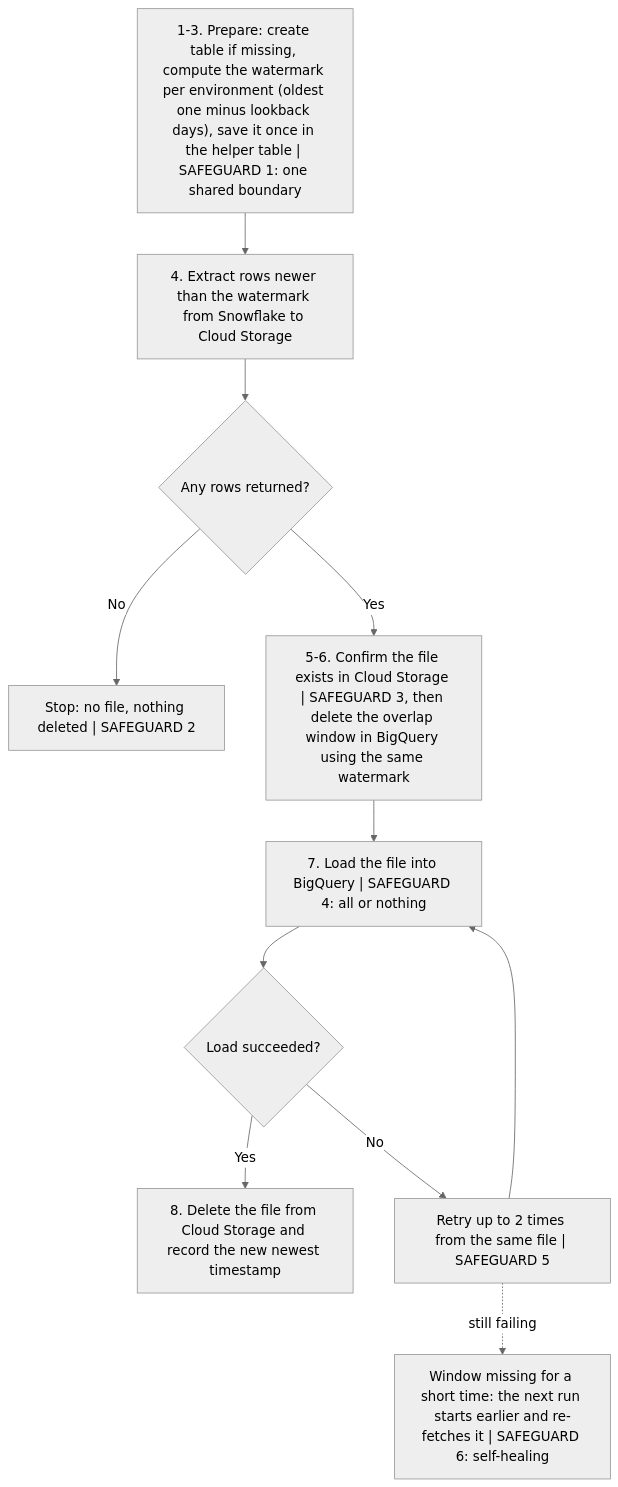
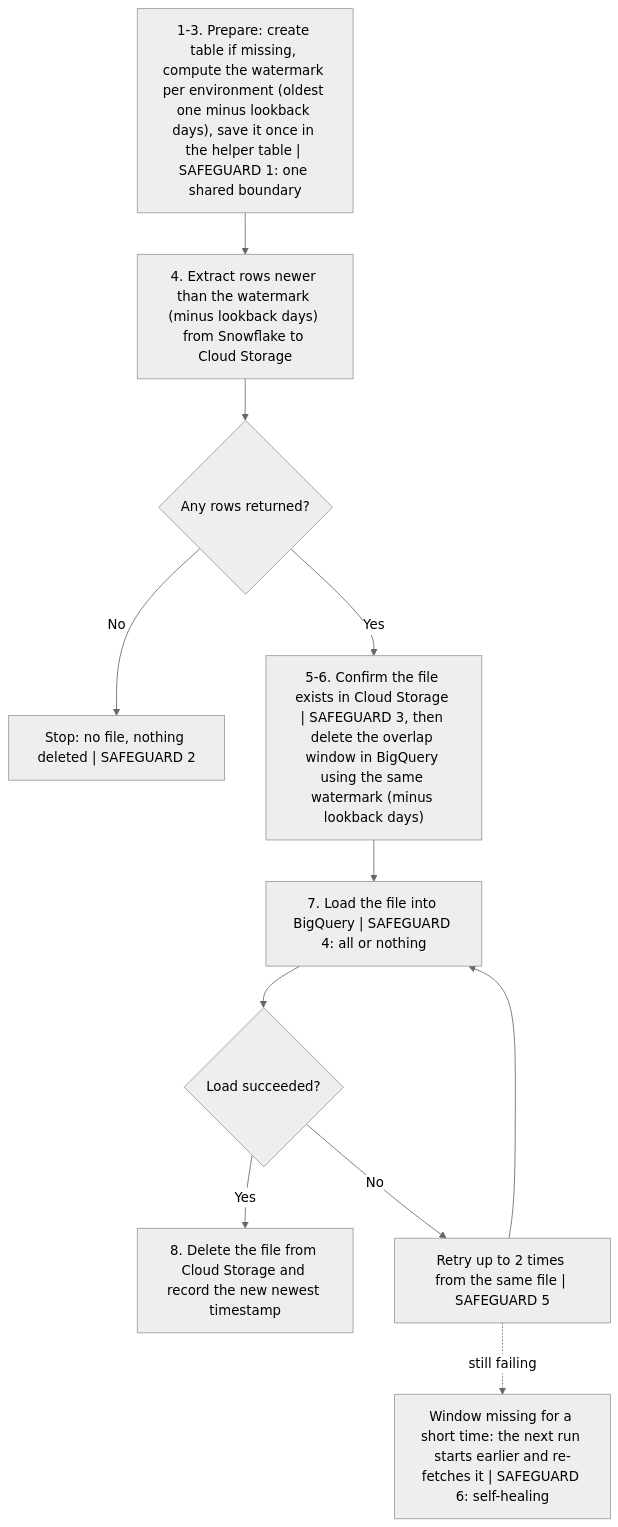
Before and after one commit to antipev/sql_preparation: the tenth of 20 diagrams in Project_Portfolio/Project 1/Project_1.md, drawn with Mermaid (neutral theme). The commit also changed other lines of this file, not shown here.

````diff
--- a/Project_Portfolio/Project 1/Project_1.md
+++ b/Project_Portfolio/Project 1/Project_1.md
@@ -645,20 +654,20 @@
 ```mermaid
 flowchart TB
     P["1-3. Prepare: create table if missing, compute the watermark per environment (oldest one minus lookback days), save it once in the helper table | SAFEGUARD 1: one shared boundary"]
-    E["4. Extract rows newer than the watermark from Snowflake to Cloud Storage"]
+    E["4. Extract rows newer than the watermark (minus lookback days) from Snowflake to Cloud Storage"]
     Q{"Any rows returned?"}
     SK["Stop: no file, nothing deleted | SAFEGUARD 2"]
-    D["5-6. Confirm the file exists in Cloud Storage | SAFEGUARD 3, then delete the overlap window in BigQuery using the same watermark"]
+    D["5-6. Confirm the file exists in Cloud Storage | SAFEGUARD 3, then delete the overlap window in BigQuery using the same watermark (minus lookback days)"]
     L["7. Load the file into BigQuery | SAFEGUARD 4: all or nothing"]
     OK{"Load succeeded?"}
     RT["Retry up to 2 times from the same file | SAFEGUARD 5"]
     HEAL["Window missing for a short time: the next run starts earlier and re-fetches it | SAFEGUARD 6: self-healing"]
     F["8. Delete the file from Cloud Storage and record the new newest timestamp"]
     P --> E --> Q
     Q -- "No" --> SK
     Q -- "Yes" --> D --> L --> OK
     OK -- "Yes" --> F
     OK -- "No" --> RT
     RT --> L
     RT -. "still failing" .-> HEAL
 ```
````
